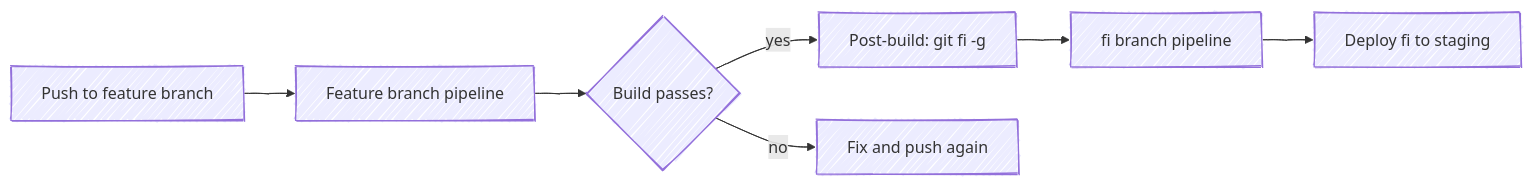
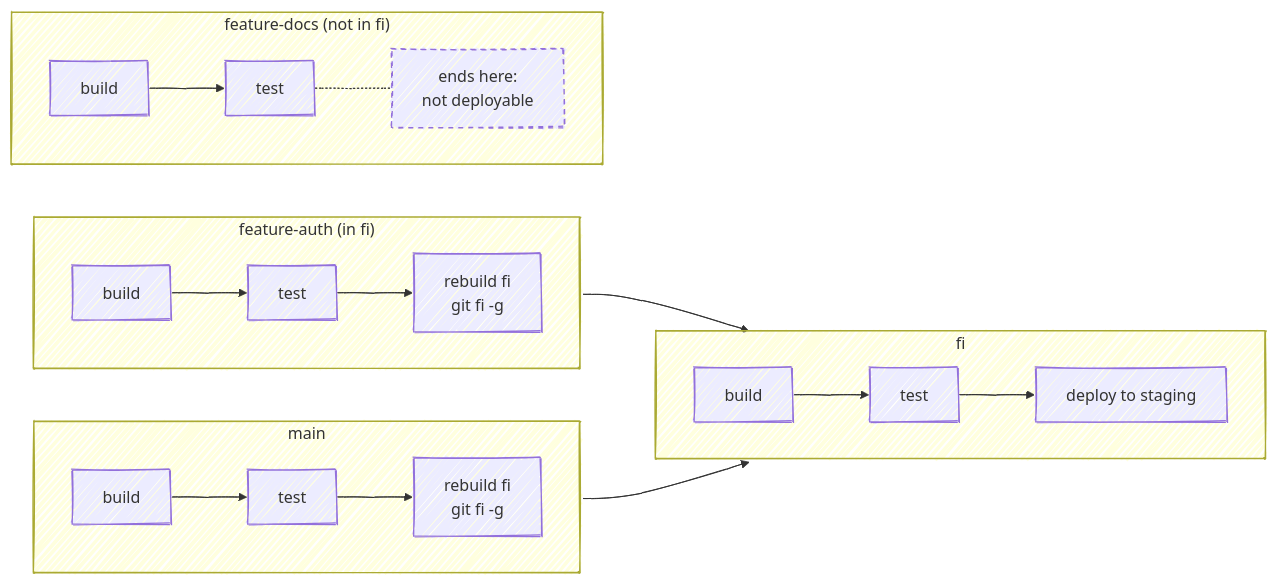
The diagram in docs/ci-integration.md (gettyimages/git-fi), drawn with Mermaid before and after one commit. The commit also changed other lines of this file and 6 other files, not shown here.

````diff
--- a/docs/ci-integration.md
+++ b/docs/ci-integration.md
@@ -119,10 +121,23 @@
 ```mermaid
 %%{ init: { 'look': 'handDrawn' } }%%
 flowchart LR
-  A[Push to feature branch] --> B[Feature branch pipeline]
-  B --> C{Build passes?}
-  C -- yes --> D[Post-build: git fi -g]
-  D --> E[fi branch pipeline]
-  E --> F[Deploy fi to staging]
-  C -- no --> G[Fix and push again]
+  subgraph pmain["main"]
+    direction LR
+    M1[build] --> M2[test] --> M3["rebuild fi<br/>git fi -g"]
+  end
+  subgraph pauth["feature-auth (in fi)"]
+    direction LR
+    A1[build] --> A2[test] --> A3["rebuild fi<br/>git fi -g"]
+  end
+  subgraph pother["feature-docs (not in fi)"]
+    direction LR
+    O1[build] --> O2[test] -.- O3["ends here:<br/>not deployable"]
+  end
+  subgraph pfi["fi"]
+    direction LR
+    F1[build] --> F2[test] --> F3[deploy to staging]
+  end
+  M3 --> pfi
+  A3 --> pfi
+  style O3 stroke-dasharray: 5 5
 ```
````
